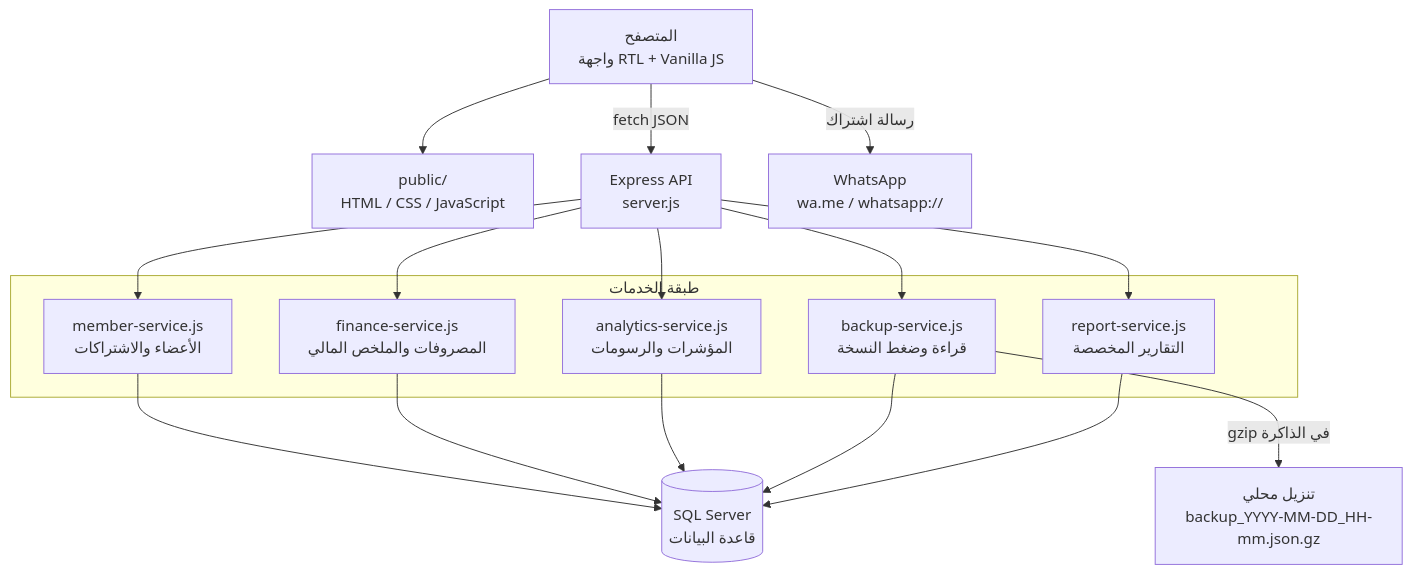
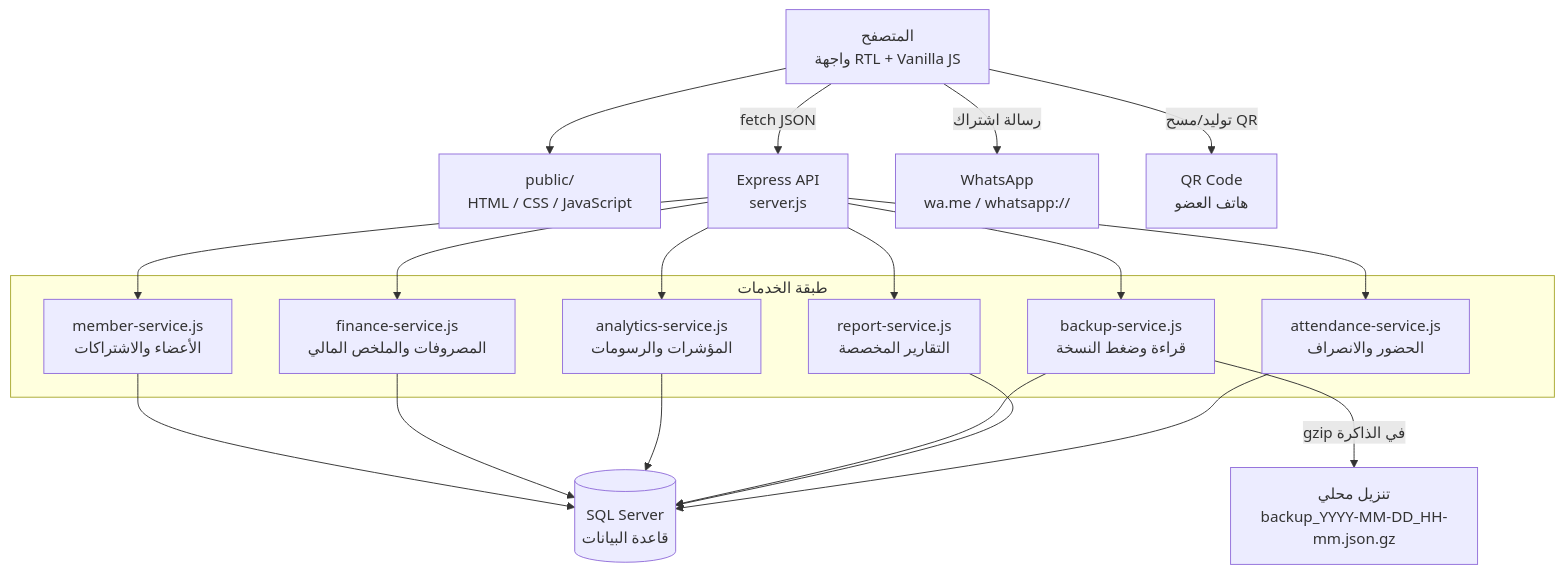
One commit to AhmedSalem104/Top-Gym-Managment changed the first of 5 diagrams in README.md. Above: the diagram before and after it, drawn with Mermaid. The commit also changed other lines of this file and 17 other files, not shown here.

````diff
--- a/README.md
+++ b/README.md
@@ -47,33 +52,38 @@
 ```mermaid
 flowchart TB
     Browser["المتصفح<br/>واجهة RTL + Vanilla JS"]
     Assets["public/<br/>HTML / CSS / JavaScript"]
     API["Express API<br/>server.js"]
 
     subgraph Services["طبقة الخدمات"]
         Members["member-service.js<br/>الأعضاء والاشتراكات"]
         Finance["finance-service.js<br/>المصروفات والملخص المالي"]
         Analytics["analytics-service.js<br/>المؤشرات والرسومات"]
         Backup["backup-service.js<br/>قراءة وضغط النسخة"]
         Reports["report-service.js<br/>التقارير المخصصة"]
+        Attendance["attendance-service.js<br/>الحضور والانصراف"]
     end
 
     SQL[("SQL Server<br/>قاعدة البيانات")]
     WhatsApp["WhatsApp<br/>wa.me / whatsapp://"]
+    QR["QR Code<br/>هاتف العضو"]
     Download["تنزيل محلي<br/>backup_YYYY-MM-DD_HH-mm.json.gz"]
 
     Browser --> Assets
     Browser -->|fetch JSON| API
     API --> Members
     API --> Finance
     API --> Analytics
     API --> Backup
     API --> Reports
+    API --> Attendance
     Members --> SQL
     Finance --> SQL
     Analytics --> SQL
     Backup --> SQL
     Reports --> SQL
+    Attendance --> SQL
     Backup -->|gzip في الذاكرة| Download
     Browser -->|رسالة اشتراك| WhatsApp
+    Browser -->|توليد/مسح QR| QR
 ```
````
